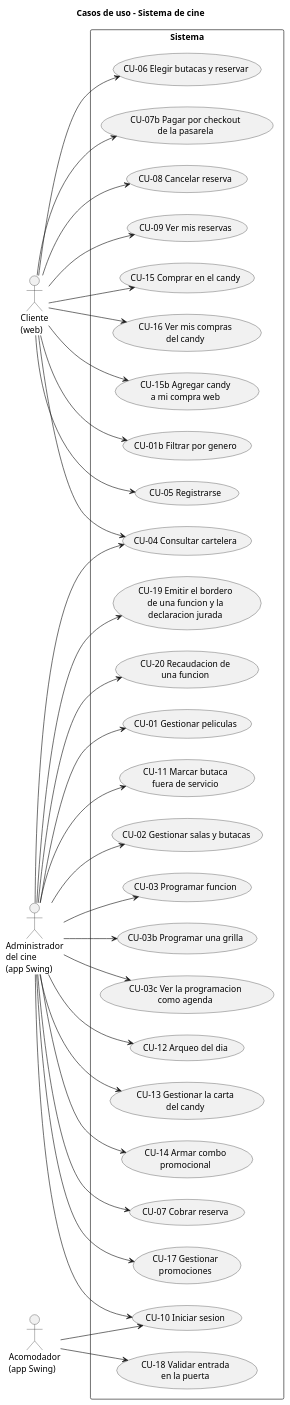
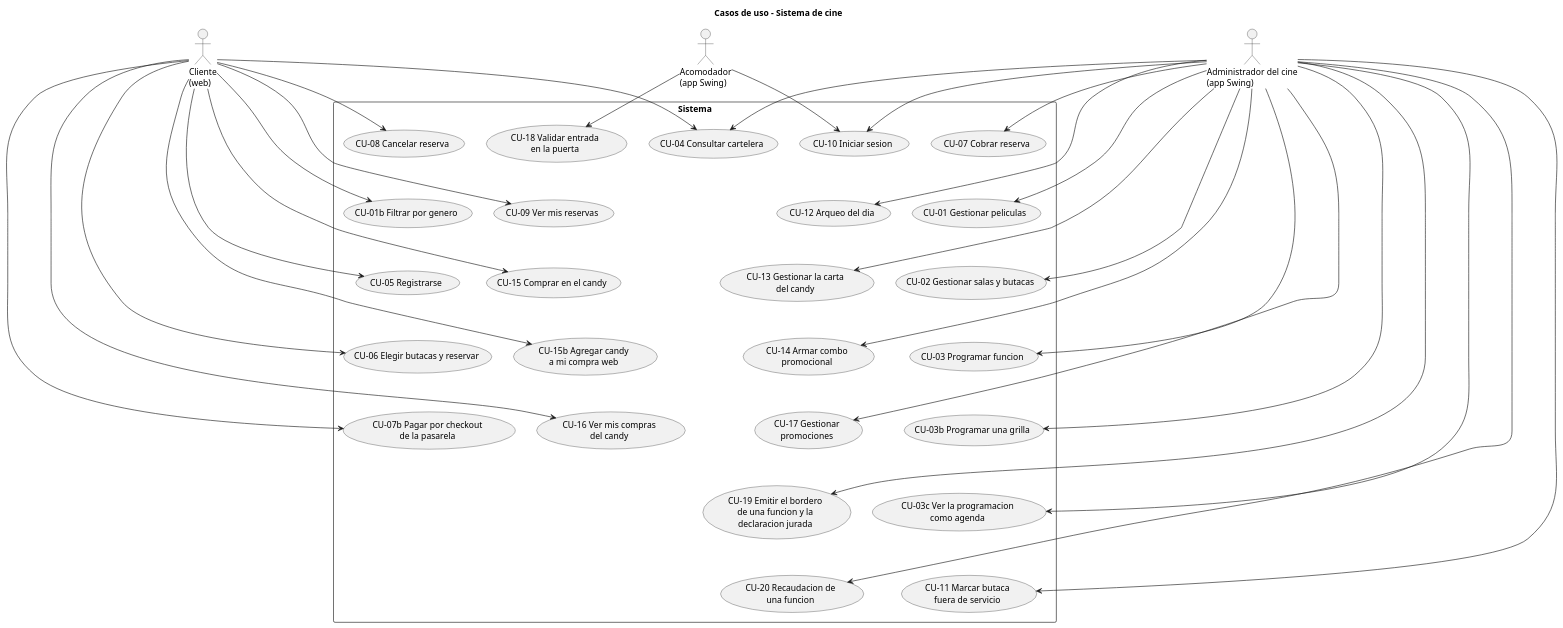
The diagram in _other/docs/diagramas/casos-de-uso.puml (andreiveisuade/cine-uade), drawn with PlantUML before and after one commit. The commit also changed 3 other files, not shown here.

Commit message:
docs(manual): casos de uso en columnas por actor, con alto maximo

```diff
--- a/_other/docs/diagramas/casos-de-uso.puml
+++ b/_other/docs/diagramas/casos-de-uso.puml
@@ -1,67 +1,85 @@
 @startuml casos-de-uso
 title Casos de uso - Sistema de cine
-
-left to right direction
+skinparam packageStyle rectangle
+' Columnas por actor (enlaces ocultos): en una sola columna el diagrama medía 2100 px de alto.
 
 actor "Cliente\n(web)" as cliente
-actor "Administrador\ndel cine\n(app Swing)" as admin
+actor "Administrador del cine\n(app Swing)" as admin
 actor "Acomodador\n(app Swing)" as acomodador
 
 rectangle Sistema {
+  usecase "CU-04 Consultar cartelera" as CU04
+  usecase "CU-01b Filtrar por genero" as CU01b
+  usecase "CU-05 Registrarse" as CU05
+  usecase "CU-06 Elegir butacas y reservar" as CU06
+  usecase "CU-07b Pagar por checkout\nde la pasarela" as CU07b
+  usecase "CU-08 Cancelar reserva" as CU08
+  usecase "CU-09 Ver mis reservas" as CU09
+  usecase "CU-15 Comprar en el candy" as CU15
+  usecase "CU-15b Agregar candy\na mi compra web" as CU15b
+  usecase "CU-16 Ver mis compras\ndel candy" as CU16
+  usecase "CU-10 Iniciar sesion" as CU10
   usecase "CU-01 Gestionar peliculas" as CU01
-  usecase "CU-01b Filtrar por genero" as CU01b
   usecase "CU-02 Gestionar salas y butacas" as CU02
   usecase "CU-03 Programar funcion" as CU03
   usecase "CU-03b Programar una grilla" as CU03b
   usecase "CU-03c Ver la programacion\ncomo agenda" as CU03c
-  usecase "CU-04 Consultar cartelera" as CU04
-  usecase "CU-05 Registrarse" as CU05
-  usecase "CU-06 Elegir butacas y reservar" as CU06
+  usecase "CU-11 Marcar butaca\nfuera de servicio" as CU11
   usecase "CU-07 Cobrar reserva" as CU07
-  usecase "CU-07b Pagar por checkout\nde la pasarela" as CU07b
-  usecase "CU-08 Cancelar reserva" as CU08
-  usecase "CU-09 Ver mis reservas" as CU09
-  usecase "CU-10 Iniciar sesion" as CU10
-  usecase "CU-11 Marcar butaca\nfuera de servicio" as CU11
   usecase "CU-12 Arqueo del dia" as CU12
   usecase "CU-13 Gestionar la carta\ndel candy" as CU13
   usecase "CU-14 Armar combo\npromocional" as CU14
-  usecase "CU-15 Comprar en el candy" as CU15
-  usecase "CU-16 Ver mis compras\ndel candy" as CU16
-  usecase "CU-15b Agregar candy\na mi compra web" as CU15b
   usecase "CU-17 Gestionar\npromociones" as CU17
-  usecase "CU-18 Validar entrada\nen la puerta" as CU18
   usecase "CU-19 Emitir el bordero\nde una funcion y la\ndeclaracion jurada" as CU19
   usecase "CU-20 Recaudacion de\nuna funcion" as CU20
+  usecase "CU-18 Validar entrada\nen la puerta" as CU18
 }
-
+CU04 -[hidden]down- CU01b
+CU01b -[hidden]down- CU05
+CU05 -[hidden]down- CU06
+CU06 -[hidden]down- CU07b
+CU08 -[hidden]down- CU09
+CU09 -[hidden]down- CU15
+CU15 -[hidden]down- CU15b
+CU15b -[hidden]down- CU16
+CU10 -[hidden]down- CU01
+CU01 -[hidden]down- CU02
+CU02 -[hidden]down- CU03
+CU03 -[hidden]down- CU03b
+CU03b -[hidden]down- CU03c
+CU03c -[hidden]down- CU11
+CU07 -[hidden]down- CU12
+CU12 -[hidden]down- CU13
+CU13 -[hidden]down- CU14
+CU14 -[hidden]down- CU17
+CU17 -[hidden]down- CU19
+CU19 -[hidden]down- CU20
 cliente --> CU04
 cliente --> CU01b
 cliente --> CU05
 cliente --> CU06
 cliente --> CU08
 cliente --> CU09
 cliente --> CU15
 cliente --> CU16
 cliente --> CU15b
 cliente --> CU07b
 
 admin --> CU10
 admin --> CU01
 admin --> CU02
 admin --> CU03
 admin --> CU03b
 admin --> CU03c
 admin --> CU04
 admin --> CU11
 admin --> CU07
 admin --> CU12
 admin --> CU13
 admin --> CU14
 admin --> CU17
 admin --> CU19
 admin --> CU20
 acomodador --> CU10
 acomodador --> CU18
-
 @enduml
```
